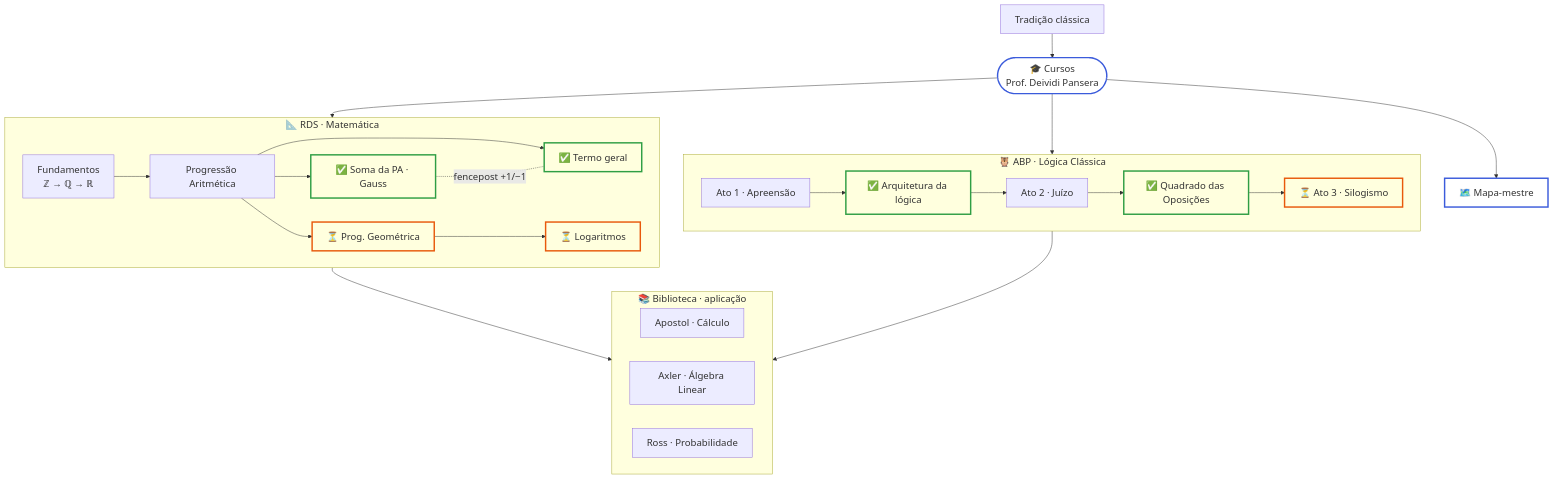
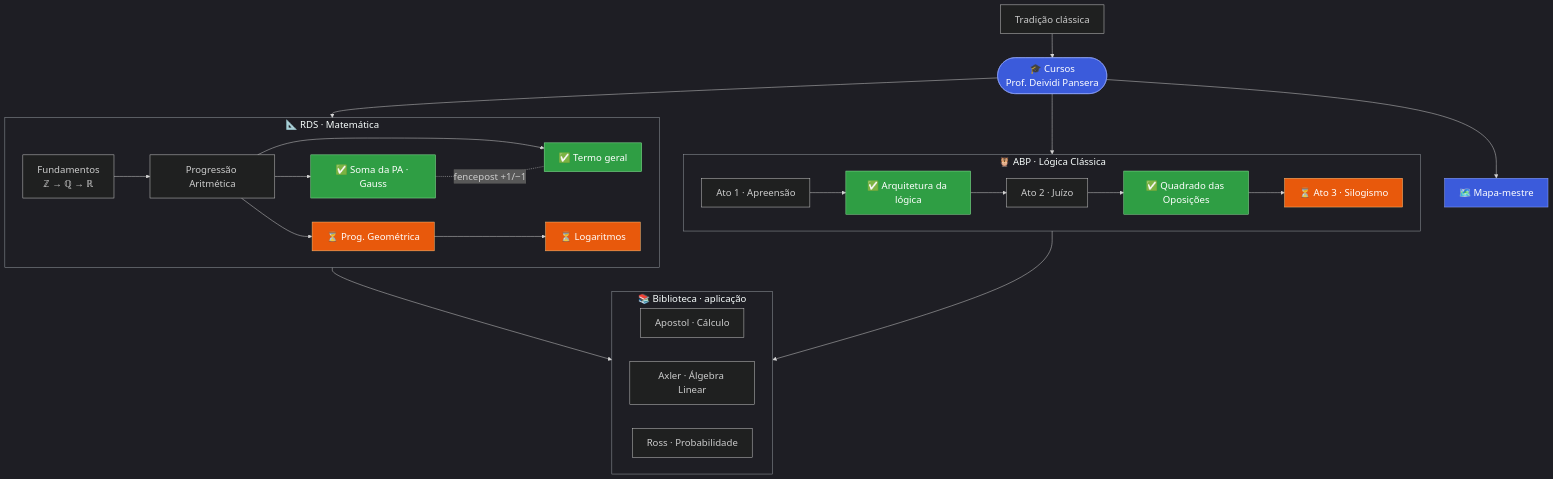
Before and after one commit to marcospaula/rds_abp_estudos: the diagram in README.md, drawn with Mermaid.

Commit message:
docs(readme): grafo dark mode com nos preenchidos e quadrantes transparentes

````diff
--- a/README.md
+++ b/README.md
@@ -17,47 +17,51 @@
 ```mermaid
-%%{init: {'themeVariables':{'fontSize':'20px','fontFamily':'sans-serif'}}}%%
+%%{init: {'theme':'dark','themeVariables':{'fontSize':'20px','fontFamily':'sans-serif','clusterBkg':'transparent','clusterBorder':'#9aa0a6'}}}%%
 graph TD
     TRAD["Tradição clássica"] --> RAIZ
     RAIZ(["🎓 Cursos<br/>Prof. Deividi Pansera"]) --> RDS
     RAIZ --> ABP
     RAIZ --> MAPA["🗺️ Mapa-mestre"]
 
     subgraph RDS ["📐 RDS · Matemática"]
         FUND["Fundamentos<br/>ℤ → ℚ → ℝ"]
         PA["Progressão Aritmética"]
         PASOMA["✅ Soma da PA · Gauss"]
         PATERMO["✅ Termo geral"]
         PG["⏳ Prog. Geométrica"]
         LOG["⏳ Logaritmos"]
         FUND --> PA
         PA --> PASOMA
         PA --> PATERMO
         PA --> PG
         PG --> LOG
         PASOMA -. "fencepost +1/−1" .- PATERMO
     end
 
     subgraph ABP ["🦉 ABP · Lógica Clássica"]
         ATO1["Ato 1 · Apreensão"]
         ARQ["✅ Arquitetura da lógica"]
         ATO2["Ato 2 · Juízo"]
         QUAD["✅ Quadrado das Oposições"]
         ATO3["⏳ Ato 3 · Silogismo"]
         ATO1 --> ARQ --> ATO2 --> QUAD --> ATO3
     end
 
     RDS --> BIB
     ABP --> BIB
     subgraph BIB ["📚 Biblioteca · aplicação"]
         APOSTOL["Apostol · Cálculo"]
         AXLER["Axler · Álgebra Linear"]
         ROSS["Ross · Probabilidade"]
     end
 
-    classDef done fill:transparent,stroke:#2f9e44,stroke-width:3px;
-    classDef todo fill:transparent,stroke:#e8590c,stroke-width:3px;
-    classDef hub fill:transparent,stroke:#3b5bdb,stroke-width:3px;
+    classDef done fill:#2f9e44,stroke:#8ce99a,color:#ffffff;
+    classDef todo fill:#e8590c,stroke:#ffc078,color:#ffffff;
+    classDef hub fill:#3b5bdb,stroke:#91a7ff,color:#ffffff;
     class PASOMA,PATERMO,ARQ,QUAD done;
     class PG,LOG,ATO3 todo;
     class RAIZ,MAPA hub;
+
+    style RDS fill:transparent,stroke:#9aa0a6,stroke-width:1px
+    style ABP fill:transparent,stroke:#9aa0a6,stroke-width:1px
+    style BIB fill:transparent,stroke:#9aa0a6,stroke-width:1px
 ```
````
